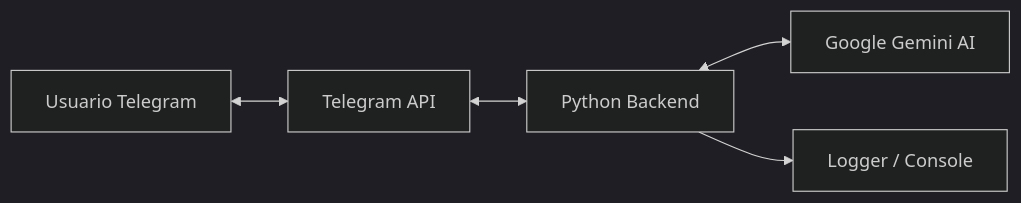
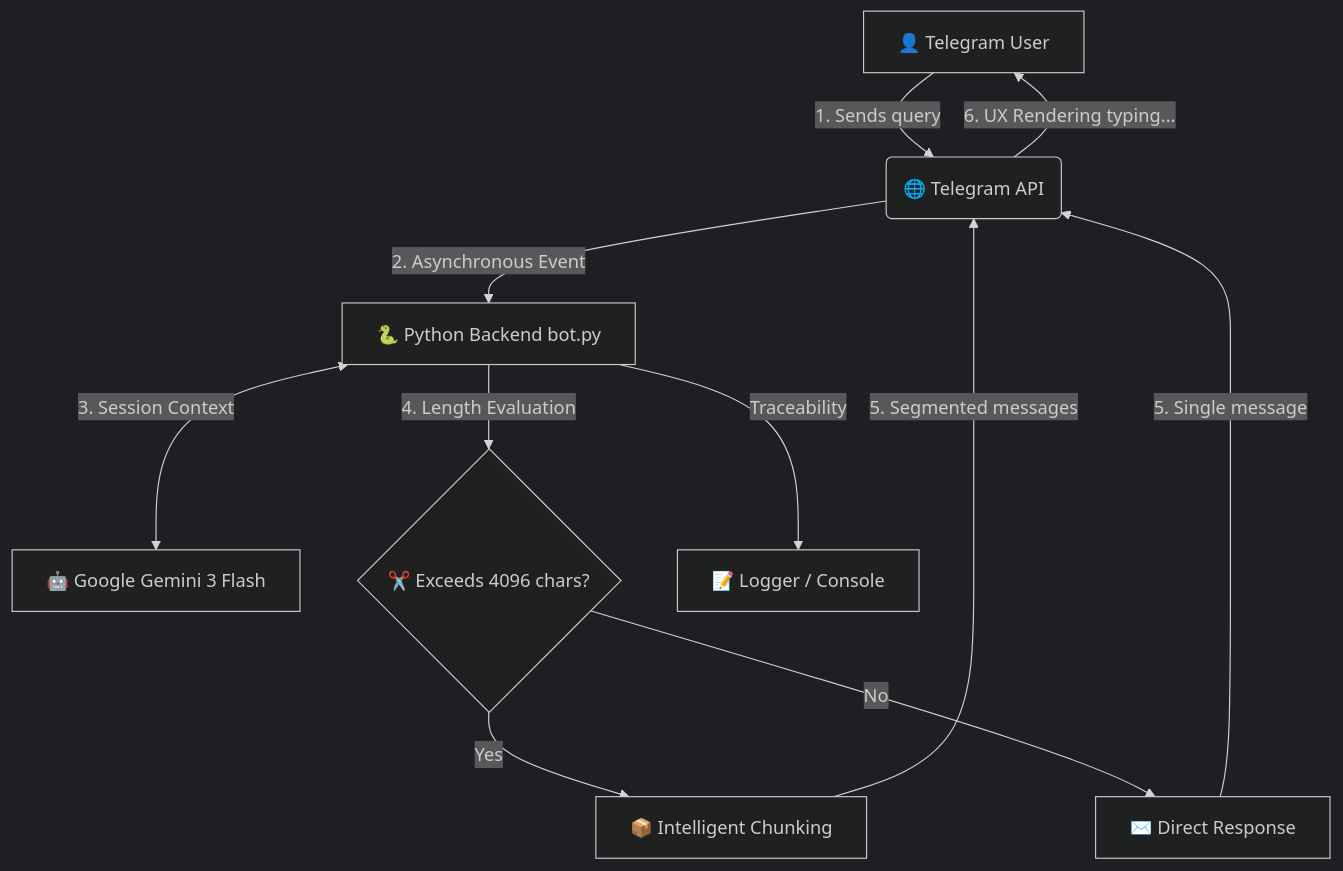
Before and after one commit to ronaldfmorac/bot-telegram-gemini: the diagram in readme.md, drawn with Mermaid (dark theme). The commit also changed other lines of this file, not shown here.

Commit message:
Update readme.md Commit message

````diff
--- a/readme.md
+++ b/readme.md
@@ -8,7 +9,13 @@
 ```mermaid
-graph LR
-    A[Usuario Telegram] <--> B[Telegram API]
-    B <--> C[Python Backend]
-    C <--> D[Google Gemini AI]
-    C --> E[Logger / Console]
+graph TD
+    A[👤 Telegram User] -->|1. Sends query| B(🌐 Telegram API)
+    B -->|2. Asynchronous Event| C[🐍 Python Backend bot.py]
+    C <-->|3. Session Context| D[🤖 Google Gemini 3 Flash]
+    C -->|4. Length Evaluation| E{✂️ Exceeds 4096 chars?}
+    E -->|Yes| F[📦 Intelligent Chunking]
+    E -->|No| G[✉️ Direct Response]
+    F -->|5. Segmented messages| B
+    G -->|5. Single message| B
+    B -->|6. UX Rendering typing...| A
+    C -->|Traceability| H[📝 Logger / Console]
 ```
````
